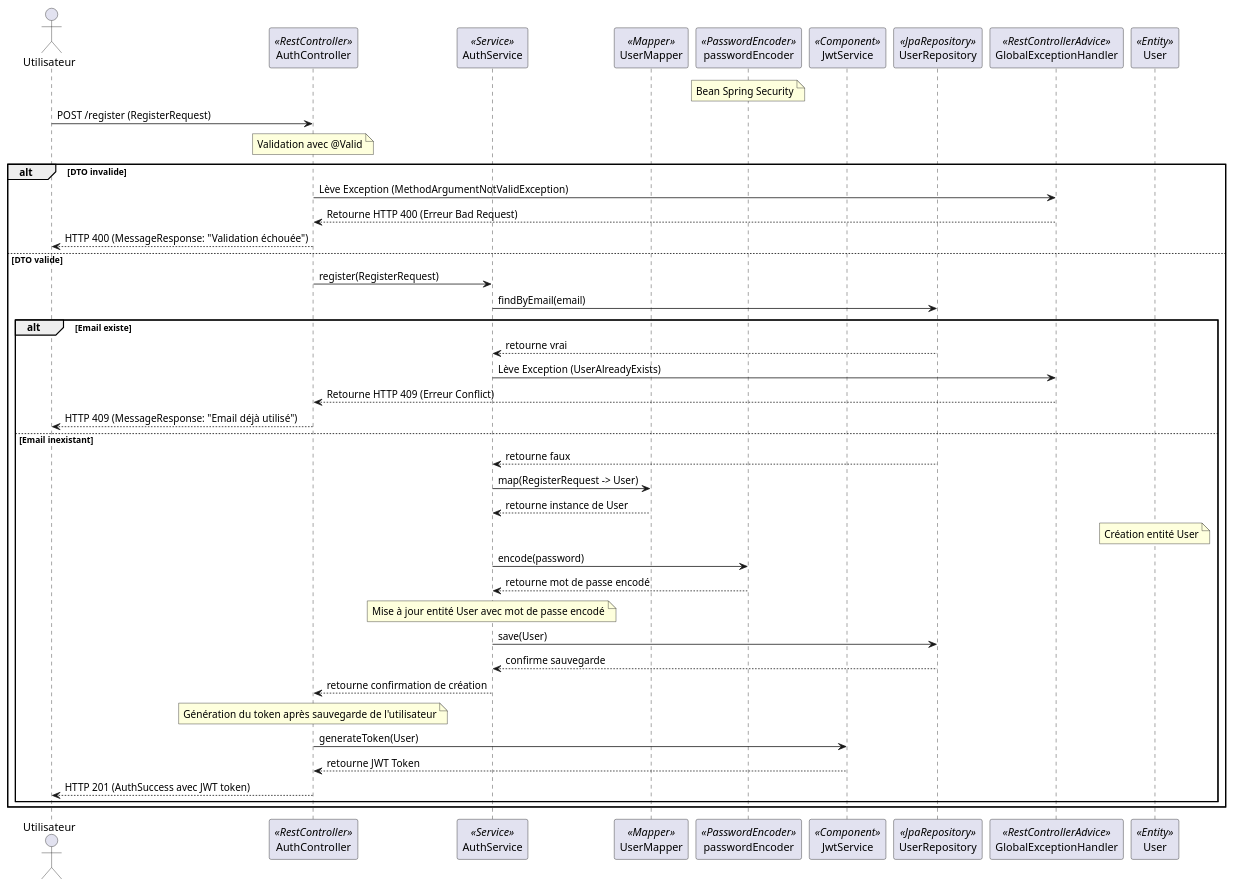
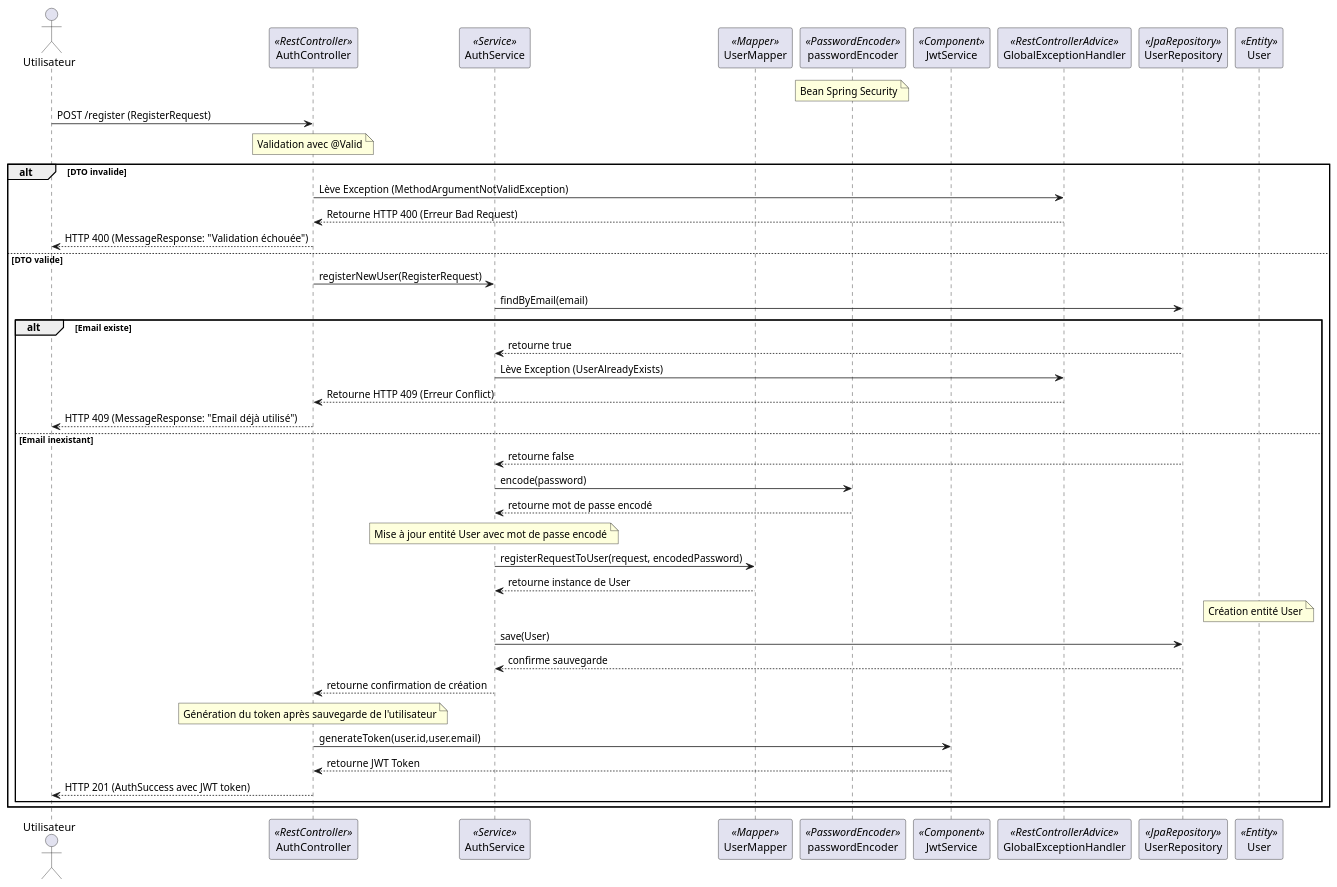
The diagram in assets/docs/diagrams/sequence_diagrams/register_sequence.puml (cpierres/P3-back-spring), drawn with PlantUML before and after one commit.

Commit message:
Amélioration diagramme de séquence register_sequence.puml

```diff
--- a/assets/docs/diagrams/sequence_diagrams/register_sequence.puml
+++ b/assets/docs/diagrams/sequence_diagrams/register_sequence.puml
@@ -1,44 +1,44 @@
 @startuml
 actor Utilisateur
 participant AuthController <<RestController>>
 participant AuthService <<Service>>
 participant UserMapper <<Mapper>>
 participant passwordEncoder <<PasswordEncoder>>
 note over passwordEncoder : Bean Spring Security
 participant JwtService <<Component>>
+participant GlobalExceptionHandler <<RestControllerAdvice>>
 participant UserRepository <<JpaRepository>>
-participant GlobalExceptionHandler <<RestControllerAdvice>>
 participant User <<Entity>>
 
 Utilisateur -> AuthController : POST /register (RegisterRequest)
 note over AuthController : Validation avec @Valid
 alt DTO invalide
     AuthController -> GlobalExceptionHandler : Lève Exception (MethodArgumentNotValidException)
     GlobalExceptionHandler --> AuthController : Retourne HTTP 400 (Erreur Bad Request)
     AuthController --> Utilisateur : HTTP 400 (MessageResponse: "Validation échouée")
 else DTO valide
-    AuthController -> AuthService : register(RegisterRequest)
+    AuthController -> AuthService : registerNewUser(RegisterRequest)
     AuthService -> UserRepository : findByEmail(email)
     alt Email existe
-        UserRepository --> AuthService : retourne vrai
+        UserRepository --> AuthService : retourne true
         AuthService -> GlobalExceptionHandler : Lève Exception (UserAlreadyExists)
         GlobalExceptionHandler --> AuthController : Retourne HTTP 409 (Erreur Conflict)
         AuthController --> Utilisateur : HTTP 409 (MessageResponse: "Email déjà utilisé")
     else Email inexistant
-        UserRepository --> AuthService : retourne faux
-        AuthService -> UserMapper : map(RegisterRequest -> User)
-        UserMapper --> AuthService : retourne instance de User
-        note over User : Création entité User
+        UserRepository --> AuthService : retourne false
         AuthService -> passwordEncoder : encode(password)
         passwordEncoder --> AuthService : retourne mot de passe encodé
         note over AuthService : Mise à jour entité User avec mot de passe encodé
+        AuthService -> UserMapper : registerRequestToUser(request, encodedPassword)
+        UserMapper --> AuthService : retourne instance de User
+        note over User : Création entité User
         AuthService -> UserRepository : save(User)
         UserRepository --> AuthService : confirme sauvegarde
         AuthService --> AuthController : retourne confirmation de création
         note over AuthController : Génération du token après sauvegarde de l'utilisateur
-        AuthController -> JwtService : generateToken(User)
+        AuthController -> JwtService : generateToken(user.id,user.email)
         JwtService --> AuthController : retourne JWT Token
         AuthController --> Utilisateur : HTTP 201 (AuthSuccess avec JWT token)
     end
 end
 @enduml
```
